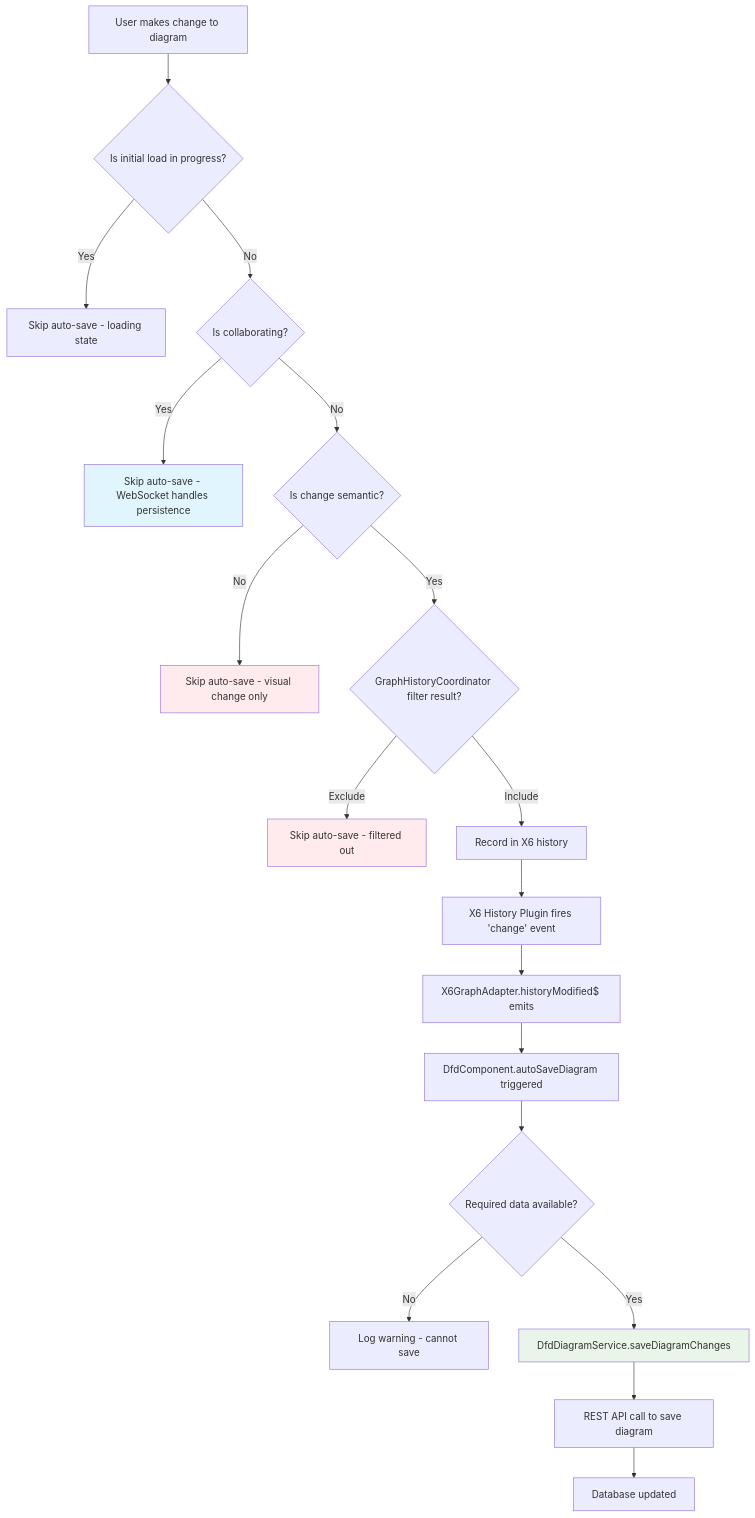
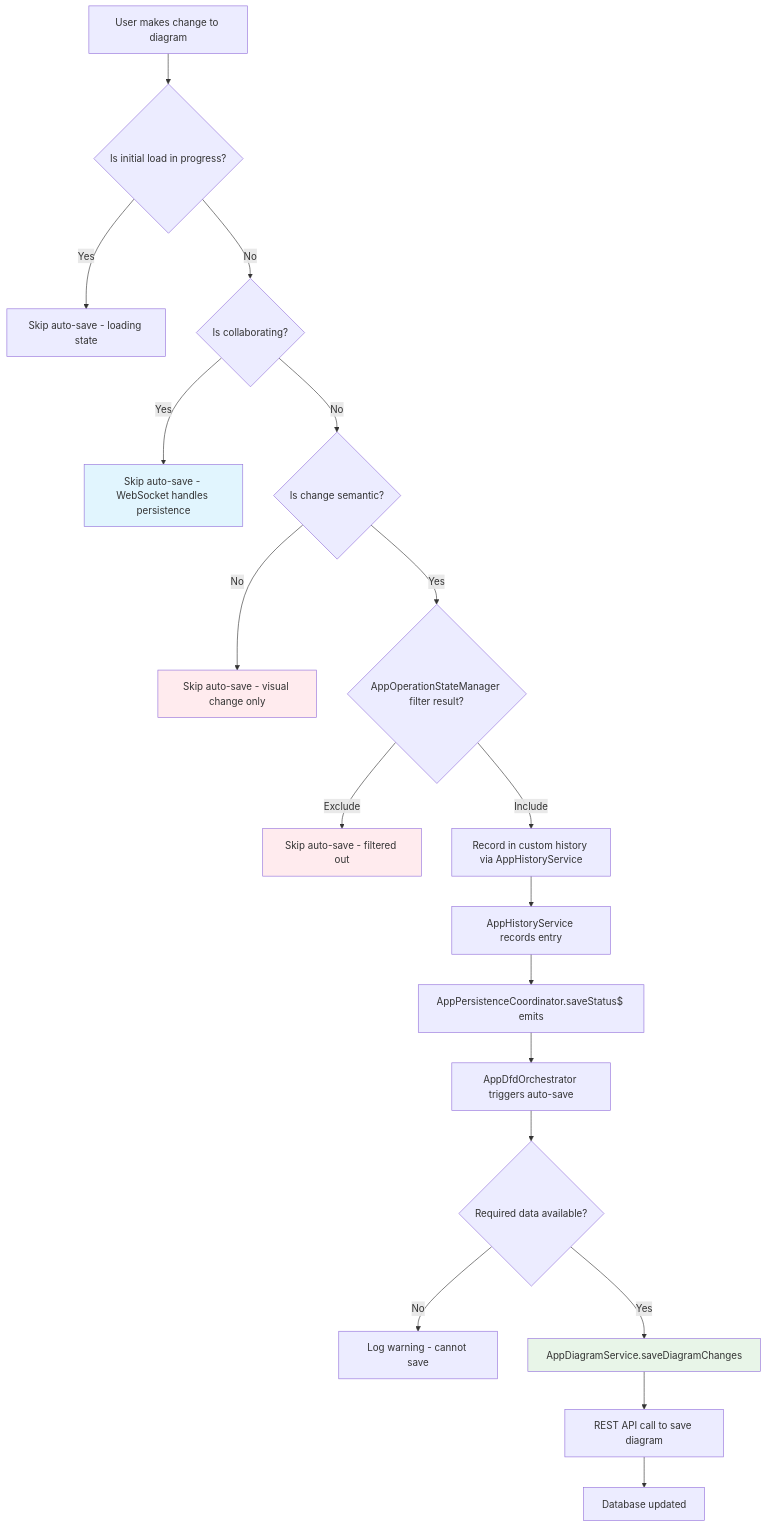
One commit to ericfitz/tmi-ux changed the first of 15 diagrams in docs/migrated/reference/architecture/dfd-change-propagation/autosave-decision-tree.md. Above: the diagram before and after it, drawn with Mermaid. The commit also changed other lines of this file and 1 other file, not shown here.

First line of the commit message:
docs: verify and migrate DFD integration test plan to wiki

````diff
--- a/docs/migrated/reference/architecture/dfd-change-propagation/autosave-decision-tree.md
+++ b/docs/migrated/reference/architecture/dfd-change-propagation/autosave-decision-tree.md
@@ -11,31 +14,31 @@
 ```mermaid
 flowchart TD
     A[User makes change to diagram] --> B{Is initial load in progress?}
     B -->|Yes| C[Skip auto-save - loading state]
     B -->|No| D{Is collaborating?}
 
     D -->|Yes| E[Skip auto-save - WebSocket handles persistence]
     D -->|No| F{Is change semantic?}
 
     F -->|No| G[Skip auto-save - visual change only]
-    F -->|Yes| H{GraphHistoryCoordinator filter result?}
+    F -->|Yes| H{AppOperationStateManager filter result?}
 
     H -->|Exclude| I[Skip auto-save - filtered out]
-    H -->|Include| J[Record in X6 history]
+    H -->|Include| J[Record in custom history via AppHistoryService]
 
-    J --> K[X6 History Plugin fires 'change' event]
-    K --> L[X6GraphAdapter.historyModified$ emits]
-    L --> M[DfdComponent.autoSaveDiagram triggered]
+    J --> K[AppHistoryService records entry]
+    K --> L[AppPersistenceCoordinator.saveStatus$ emits]
+    L --> M[AppDfdOrchestrator triggers auto-save]
 
     M --> N{Required data available?}
     N -->|No| O[Log warning - cannot save]
-    N -->|Yes| P[DfdDiagramService.saveDiagramChanges]
+    N -->|Yes| P[AppDiagramService.saveDiagramChanges]
 
     P --> Q[REST API call to save diagram]
     Q --> R[Database updated]
 
     style E fill:#e1f5fe
     style G fill:#ffebee
     style I fill:#ffebee
     style P fill:#e8f5e8
 ```
````
